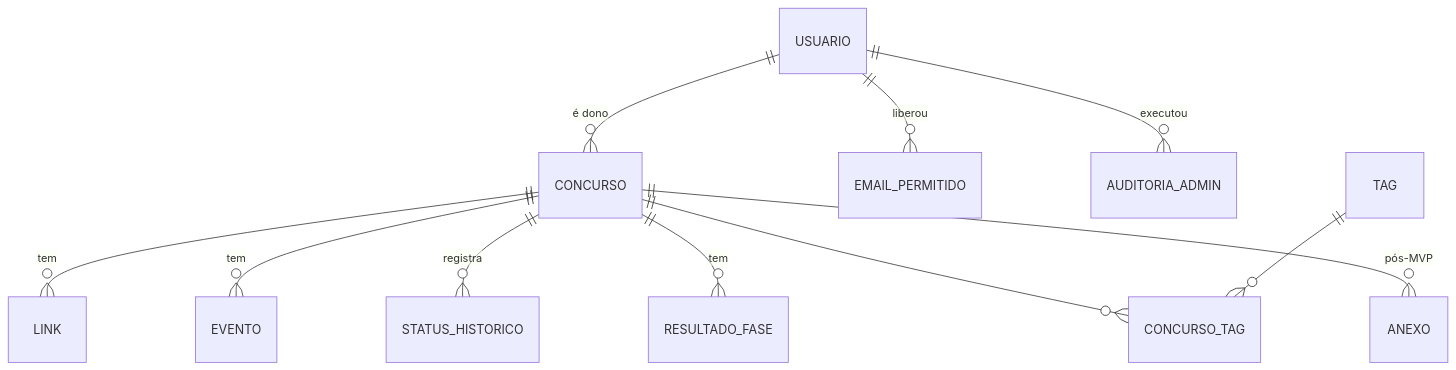
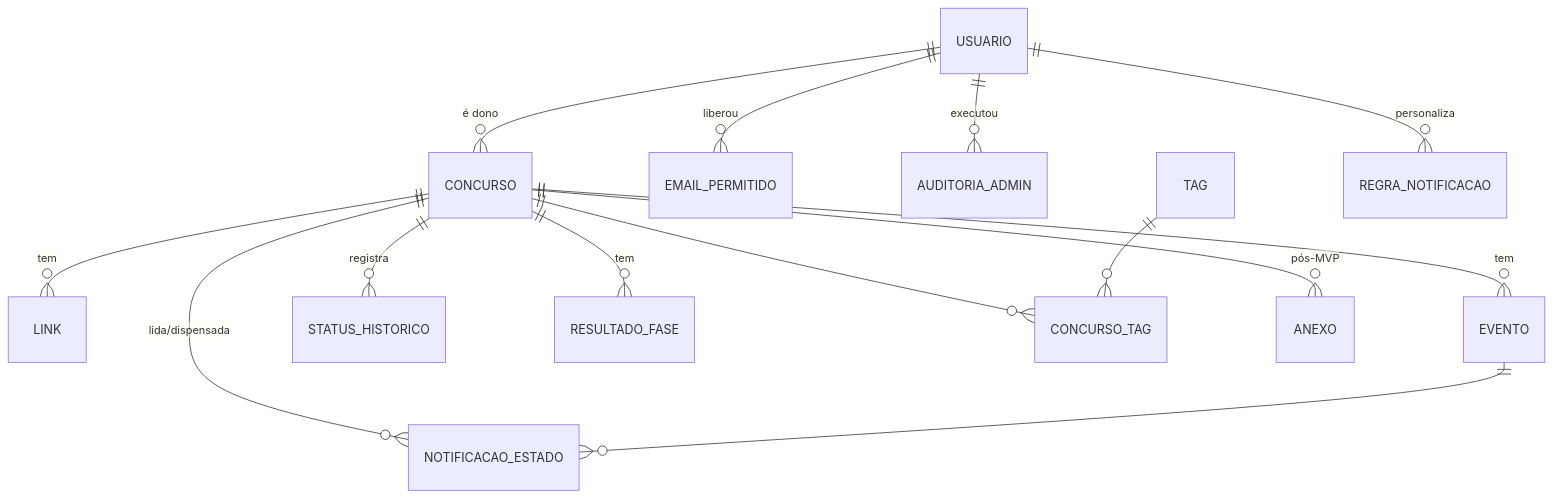
One commit to rkenjiak/concurso changed the second of 2 diagrams in docs/ARQUITETURA.md. Above: the diagram before and after it, drawn with Mermaid. The commit also changed other lines of this file and 46 other files, not shown here.

````diff
--- a/docs/ARQUITETURA.md
+++ b/docs/ARQUITETURA.md
@@ -71,13 +72,16 @@
 ```mermaid
 erDiagram
   USUARIO ||--o{ CONCURSO : "é dono"
   USUARIO ||--o{ EMAIL_PERMITIDO : "liberou"
   USUARIO ||--o{ AUDITORIA_ADMIN : "executou"
   CONCURSO ||--o{ LINK : tem
   CONCURSO ||--o{ EVENTO : tem
   CONCURSO ||--o{ STATUS_HISTORICO : registra
   CONCURSO ||--o{ RESULTADO_FASE : tem
   CONCURSO ||--o{ CONCURSO_TAG : ""
   TAG ||--o{ CONCURSO_TAG : ""
   CONCURSO ||--o{ ANEXO : "pós-MVP"
+  USUARIO ||--o{ REGRA_NOTIFICACAO : personaliza
+  CONCURSO ||--o{ NOTIFICACAO_ESTADO : "lida/dispensada"
+  EVENTO ||--o{ NOTIFICACAO_ESTADO : ""
 ```
````
